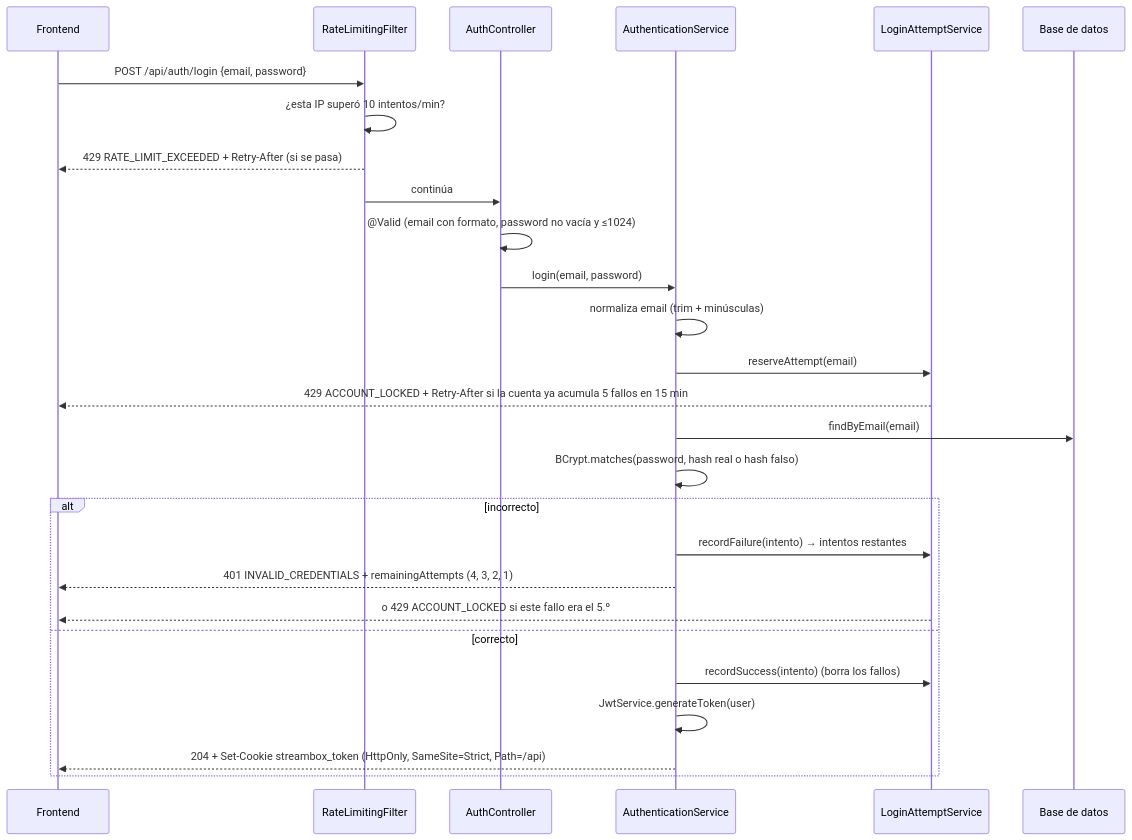
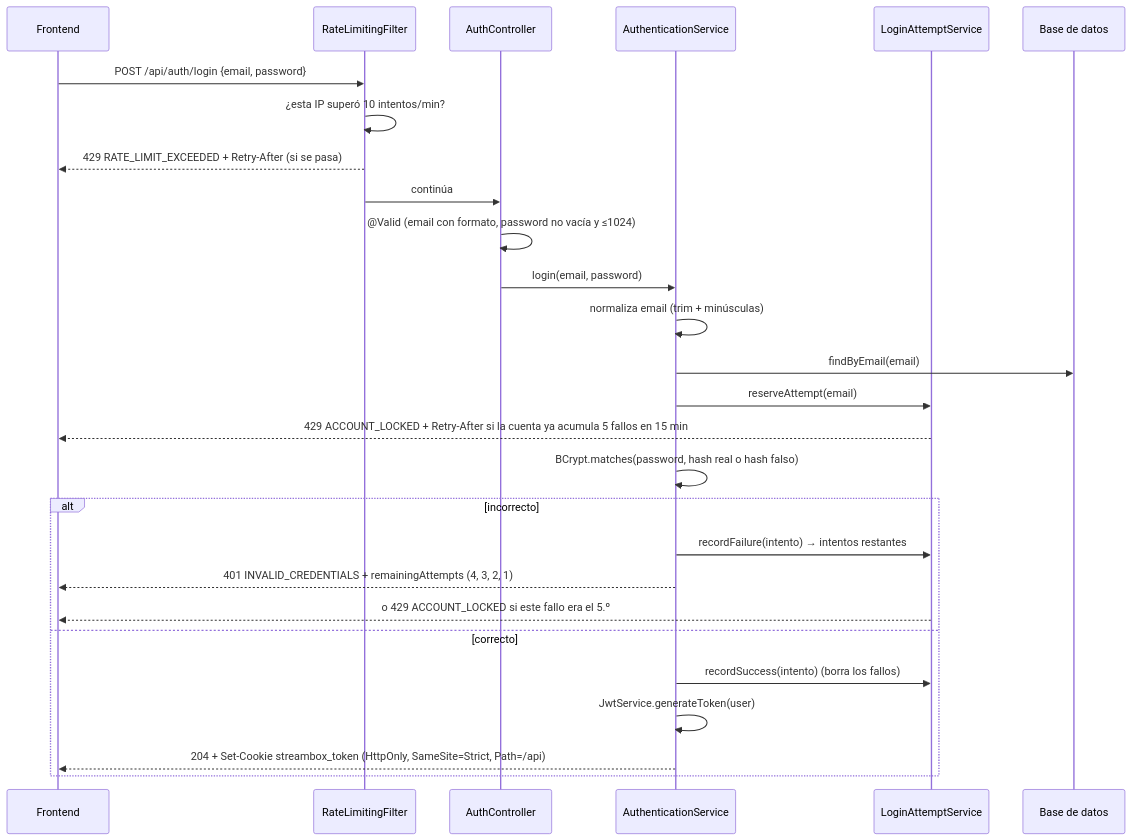
Before and after one commit to emiliogf10/streambox: the second of 2 diagrams in docs/MANUAL_PROGRAMADOR.md, drawn with Mermaid. The commit also changed other lines of this file and 8 other files, not shown here.

````diff
--- a/docs/MANUAL_PROGRAMADOR.md
+++ b/docs/MANUAL_PROGRAMADOR.md
@@ -727,30 +730,30 @@
 ```mermaid
 sequenceDiagram
     participant F as Frontend
     participant RL as RateLimitingFilter
     participant C as AuthController
     participant A as AuthenticationService
     participant L as LoginAttemptService
     participant DB as Base de datos
 
     F->>RL: POST /api/auth/login {email, password}
     RL->>RL: ¿esta IP superó 10 intentos/min?
     RL-->>F: 429 RATE_LIMIT_EXCEEDED + Retry-After (si se pasa)
     RL->>C: continúa
     C->>C: @Valid (email con formato, password no vacía y ≤1024)
     C->>A: login(email, password)
     A->>A: normaliza email (trim + minúsculas)
+    A->>DB: findByEmail(email)
     A->>L: reserveAttempt(email)
     L-->>F: 429 ACCOUNT_LOCKED + Retry-After si la cuenta ya acumula 5 fallos en 15 min
-    A->>DB: findByEmail(email)
     A->>A: BCrypt.matches(password, hash real o hash falso)
     alt incorrecto
         A->>L: recordFailure(intento) → intentos restantes
         A-->>F: 401 INVALID_CREDENTIALS + remainingAttempts (4, 3, 2, 1)
         L-->>F: o 429 ACCOUNT_LOCKED si este fallo era el 5.º
     else correcto
         A->>L: recordSuccess(intento) (borra los fallos)
         A->>A: JwtService.generateToken(user)
         A-->>F: 204 + Set-Cookie streambox_token (HttpOnly, SameSite=Strict, Path=/api)
     end
 ```
````
